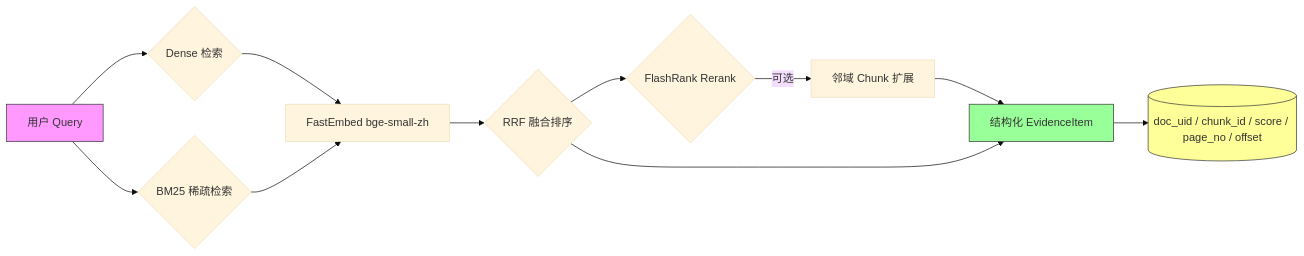
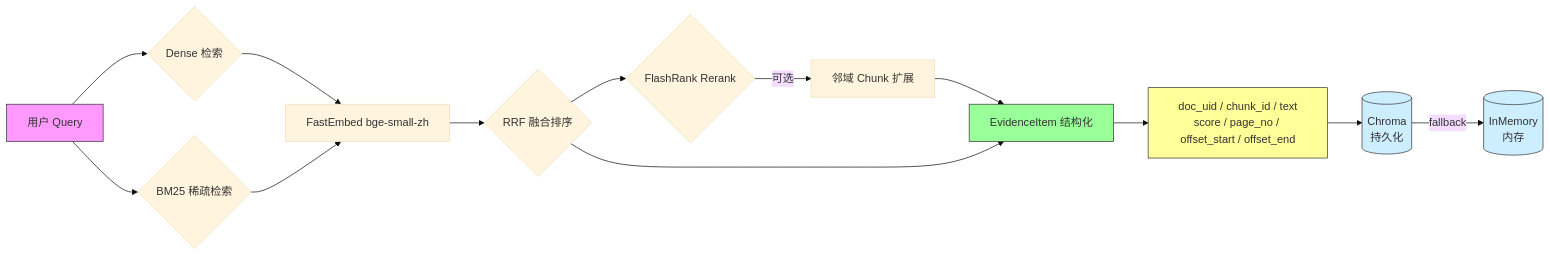
One commit to 0verL1nk/PaperSage changed the second of 3 diagrams in README.md. Above: the diagram before and after it, drawn with Mermaid (base theme). The commit also changed other lines of this file and 9 other files, not shown here.

````diff
--- a/README.md
+++ b/README.md
@@ -114,20 +118,25 @@
 ```mermaid
 flowchart LR
     A[用户 Query] --> B{Dense 检索}
     A --> C{BM25 稀疏检索}
     
     B --> D[FastEmbed bge-small-zh]
     C --> D
     
     D --> E{RRF 融合排序}
     E --> F{FlashRank Rerank}
     F -->|可选| G[邻域 Chunk 扩展]
-    G --> H[结构化 EvidenceItem]
+    G --> H[EvidenceItem 结构化]
     E --> H
     
-    H --> I[(doc_uid / chunk_id / score / page_no / offset)]
+    H --> I[doc_uid / chunk_id / text<br/>score / page_no / offset_start / offset_end]
+    
+    I --> J[(Chroma<br/>持久化)]
+    J -->|fallback| K[(InMemory<br/>内存)]
     
     style A fill:#f9f,stroke:#333
     style H fill:#9f9,stroke:#333
     style I fill:#ff9,stroke:#333
+    style J fill:#cef,stroke:#333
+    style K fill:#cef,stroke:#333
 ```
````
